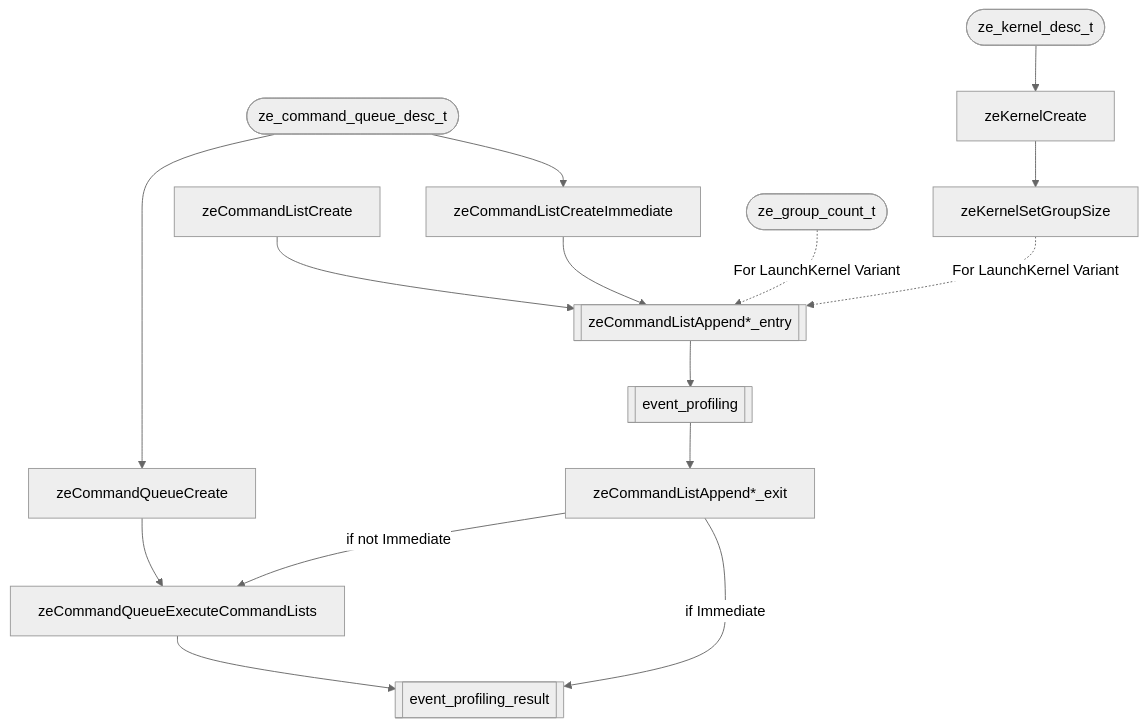
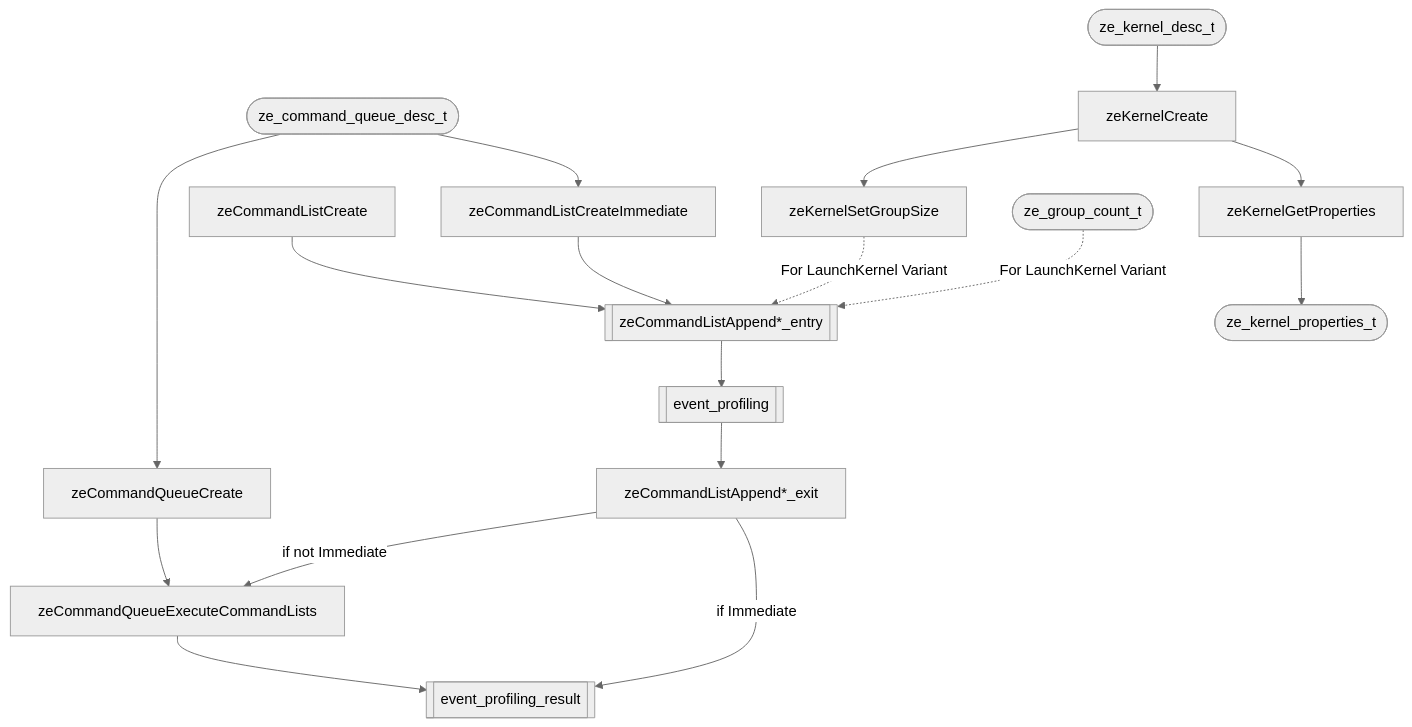
Before and after one commit to argonne-lcf/THAPI: the diagram in ze/doc.md, drawn with Mermaid (neutral theme).

````diff
--- a/ze/doc.md
+++ b/ze/doc.md
@@ -3,24 +3,25 @@
 ```mermaid
 graph TD
 
     q([ze_command_queue_desc_t]) 
     ep[[event_profiling]]
     epr[[event_profiling_result]]
     a[[zeCommandListAppend*_entry]]
 
     q --> zeCommandQueueCreate
     q --> zeCommandListCreateImmediate
     zeCommandListCreate          --> a
     zeCommandListCreateImmediate --> a
     k([ze_kernel_desc_t]) --> zeKernelCreate
     zeKernelCreate --> zeKernelSetGroupSize -. For LaunchKernel Variant .-> a
+    zeKernelCreate --> zeKernelGetProperties --> p([ze_kernel_properties_t])
     c([ze_group_count_t]) -. For LaunchKernel Variant .-> a
     a --> ep
     ep --> zeCommandListAppend*_exit
     zeCommandQueueCreate --> zeCommandQueueExecuteCommandLists
 
     zeCommandListAppend*_exit -- if not Immediate --> zeCommandQueueExecuteCommandLists
     zeCommandListAppend*_exit -- if Immediate--> epr
 
     zeCommandQueueExecuteCommandLists --> epr
 ```
````
